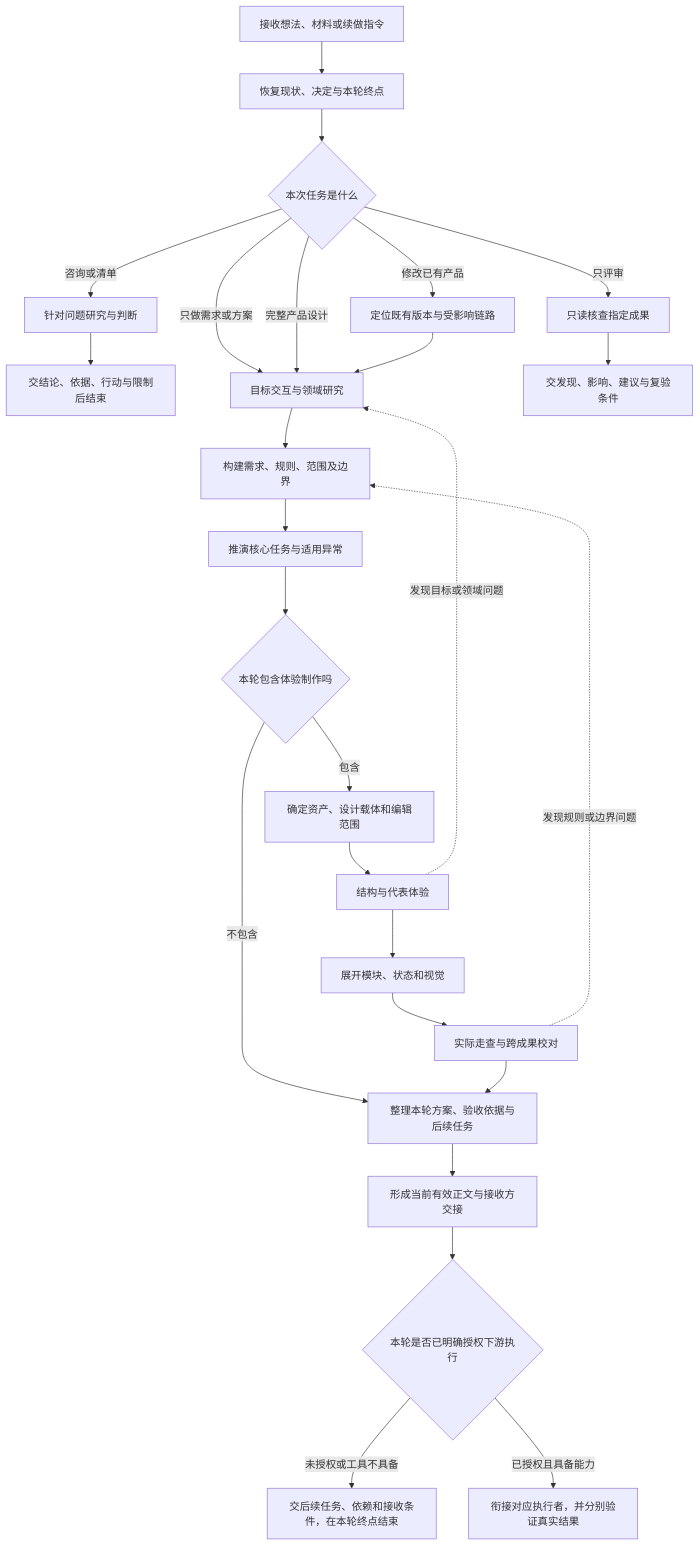
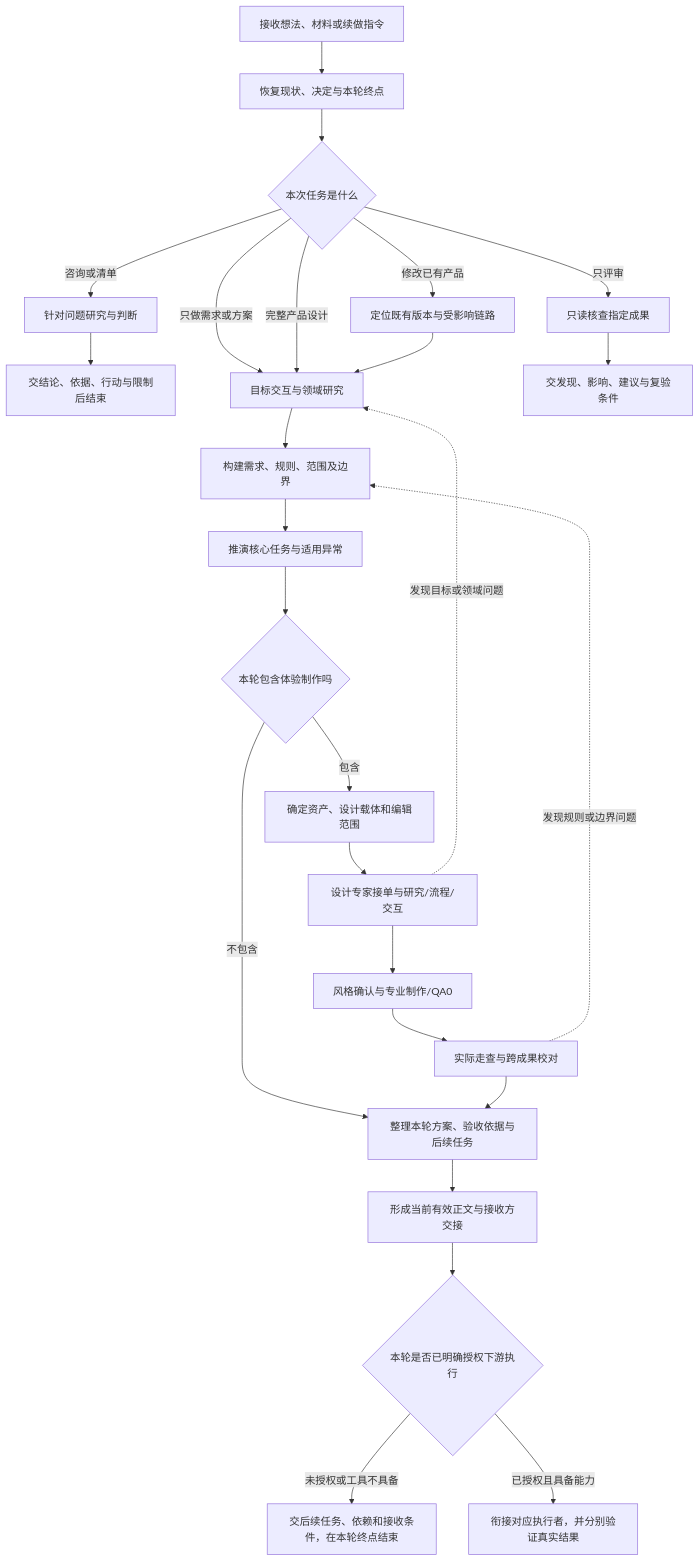
One commit to junqicheng765-oss/fusion-product-agent changed the diagram in docs/workflow.md. Above: the diagram before and after it, drawn with Mermaid. The commit also changed other lines of this file and 458 other files, not shown here.

````diff
--- a/docs/workflow.md
+++ b/docs/workflow.md
@@ -51,28 +51,28 @@
 ```mermaid
 flowchart TD
     A[接收想法、材料或续做指令] --> B[恢复现状、决定与本轮终点]
     B --> C{本次任务是什么}
     C -->|咨询或清单| Q[针对问题研究与判断]
     Q --> Q2[交结论、依据、行动与限制后结束]
     C -->|只做需求或方案| D[目标交互与领域研究]
     C -->|完整产品设计| D
     C -->|修改已有产品| M[定位既有版本与受影响链路]
     M --> D
     C -->|只评审| R[只读核查指定成果]
     R --> R2[交发现、影响、建议与复验条件]
     D --> E[构建需求、规则、范围及边界]
     E --> F[推演核心任务与适用异常]
     F --> G{本轮包含体验制作吗}
     G -->|不包含| H[整理本轮方案、验收依据与后续任务]
     G -->|包含| I[确定资产、设计载体和编辑范围]
-    I --> J[结构与代表体验]
-    J --> K[展开模块、状态和视觉]
+    I --> J[设计专家接单与研究/流程/交互]
+    J --> K[风格确认与专业制作/QA0]
     K --> L[实际走查与跨成果校对]
     L --> H
     H --> N[形成当前有效正文与接收方交接]
     N --> O{本轮是否已明确授权下游执行}
     O -->|未授权或工具不具备| P[交后续任务、依赖和接收条件，在本轮终点结束]
     O -->|已授权且具备能力| S[衔接对应执行者，并分别验证真实结果]
     J -.发现目标或领域问题.-> D
     L -.发现规则或边界问题.-> E
 ```
````
